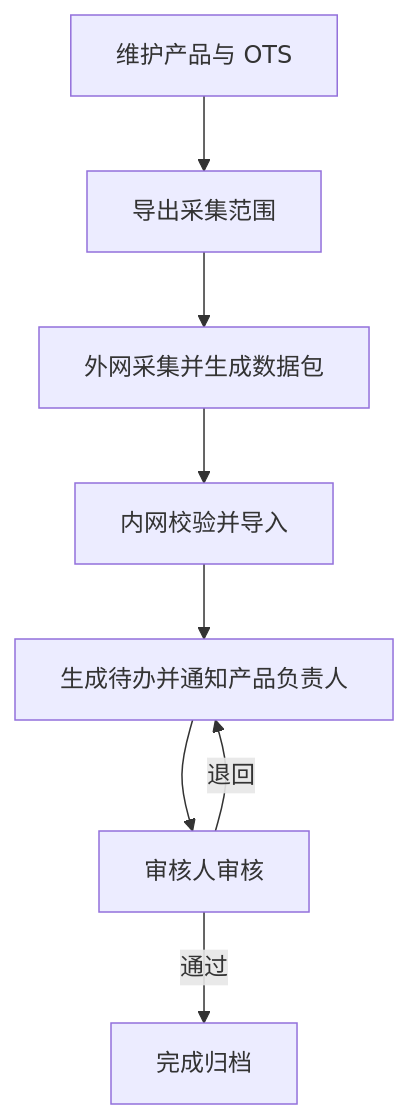
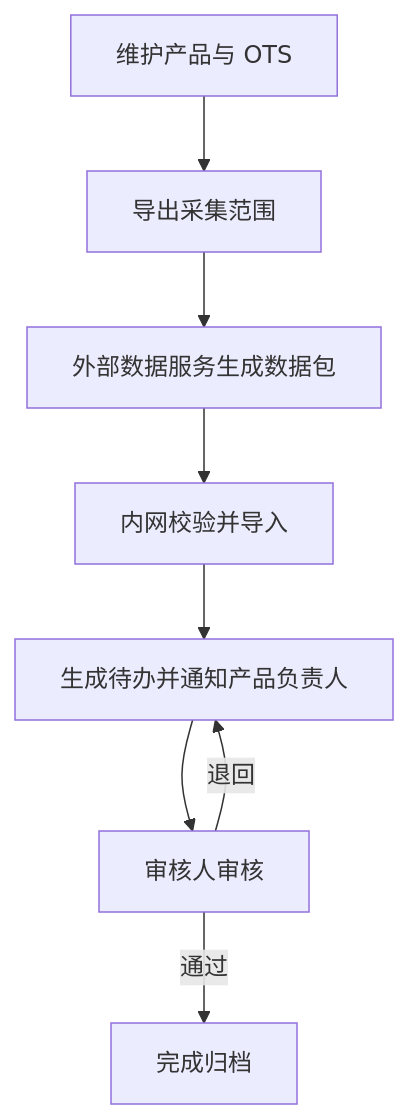
The diagram in doc/OTS-需求规格说明-V1.6.md (yileMan/1024Fxxk_Ots), drawn with Mermaid before and after one commit. The commit also changed other lines of this file and 11 other files, not shown here.

````diff
--- a/doc/OTS-需求规格说明-V1.6.md
+++ b/doc/OTS-需求规格说明-V1.6.md
@@ -128,10 +127,10 @@
 ```mermaid
 flowchart TD
     A["维护产品与 OTS"] --> B["导出采集范围"]
-    B --> C["外网采集并生成数据包"]
+    B --> C["外部数据服务生成数据包"]
     C --> D["内网校验并导入"]
     D --> F["生成待办并通知产品负责人"]
     F --> G["审核人审核"]
     G -->|退回| F
     G -->|通过| H["完成归档"]
 ```
````
